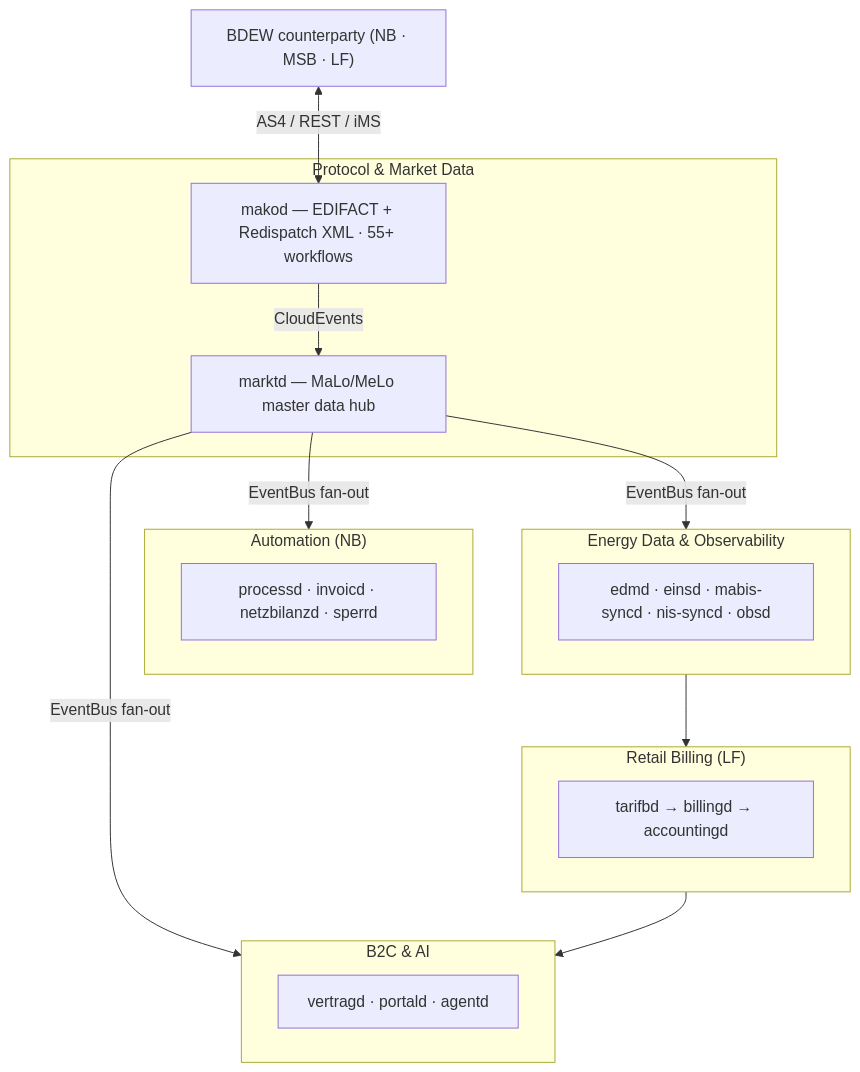
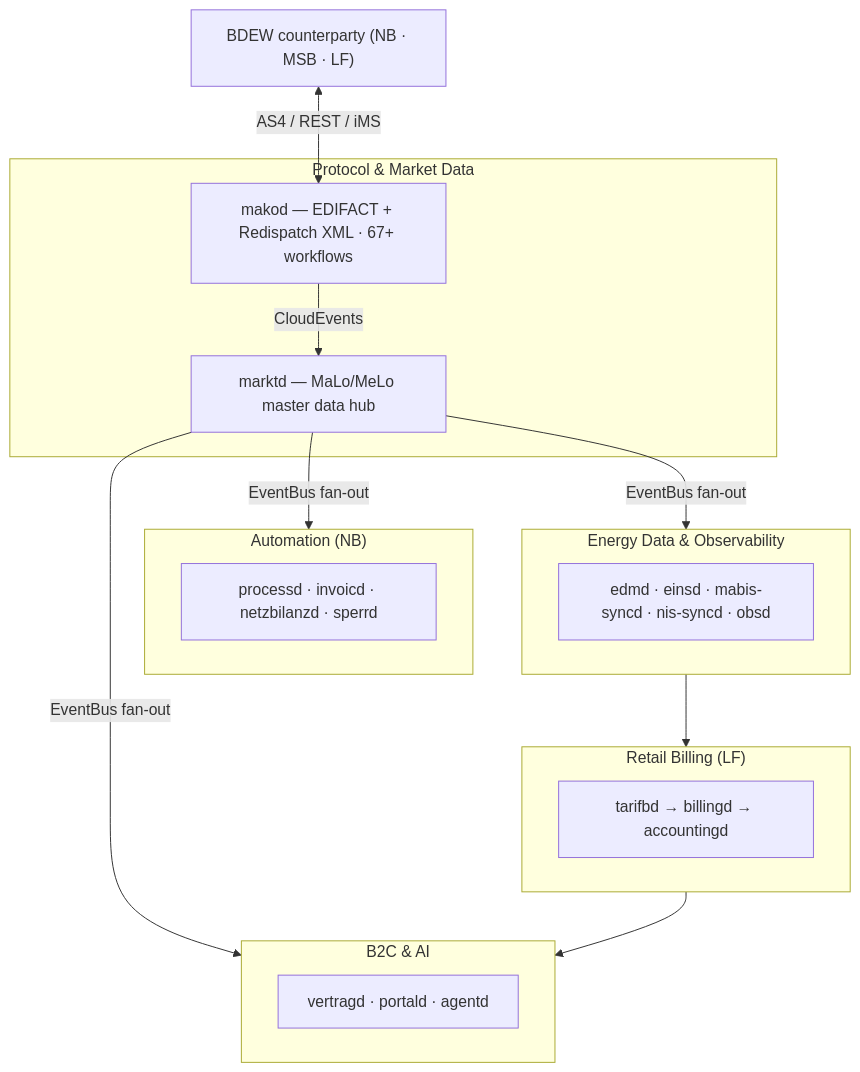
One commit to hupe1980/mako changed the first of 2 diagrams in docs/index.md. Above: the diagram before and after it, drawn with Mermaid. The commit also changed other lines of this file and 170 other files, not shown here.

````diff
--- a/docs/index.md
+++ b/docs/index.md
@@ -325,31 +335,31 @@
 ```mermaid
 graph TB
     BDEW["BDEW counterparty (NB · MSB · LF)"]
 
     subgraph core ["Protocol & Market Data"]
-        makod["makod — EDIFACT + Redispatch XML · 55+ workflows"]
+        makod["makod — EDIFACT + Redispatch XML · 67+ workflows"]
         marktd["marktd — MaLo/MeLo master data hub"]
     end
 
     subgraph auto ["Automation (NB)"]
         nbrole["processd · invoicd · netzbilanzd · sperrd"]
     end
 
     subgraph data ["Energy Data & Observability"]
         edm["edmd · einsd · mabis-syncd · nis-syncd · obsd"]
     end
 
     subgraph retail ["Retail Billing (LF)"]
         lfrole["tarifbd → billingd → accountingd"]
     end
 
     subgraph b2c ["B2C & AI"]
         ai["vertragd · portald · agentd"]
     end
 
     BDEW <-->|"AS4 / REST / iMS"| makod
     makod -->|CloudEvents| marktd
     marktd -->|"EventBus fan-out"| auto & data & b2c
     data --> retail
     retail --> b2c
 ```
````
